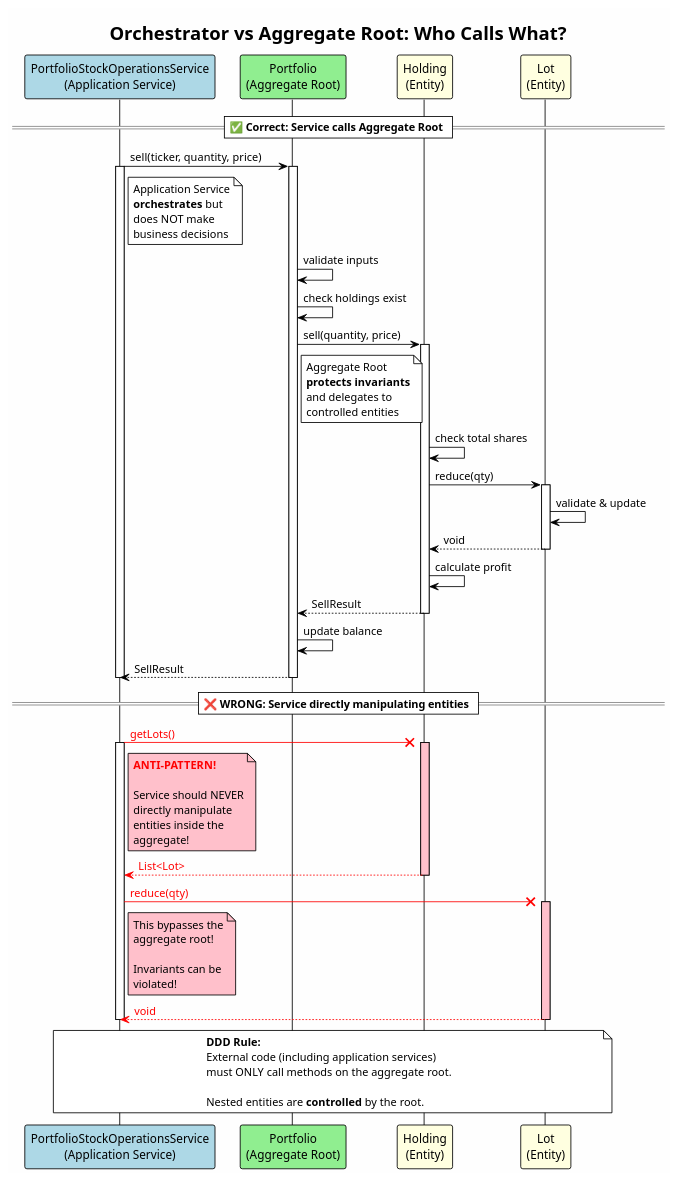
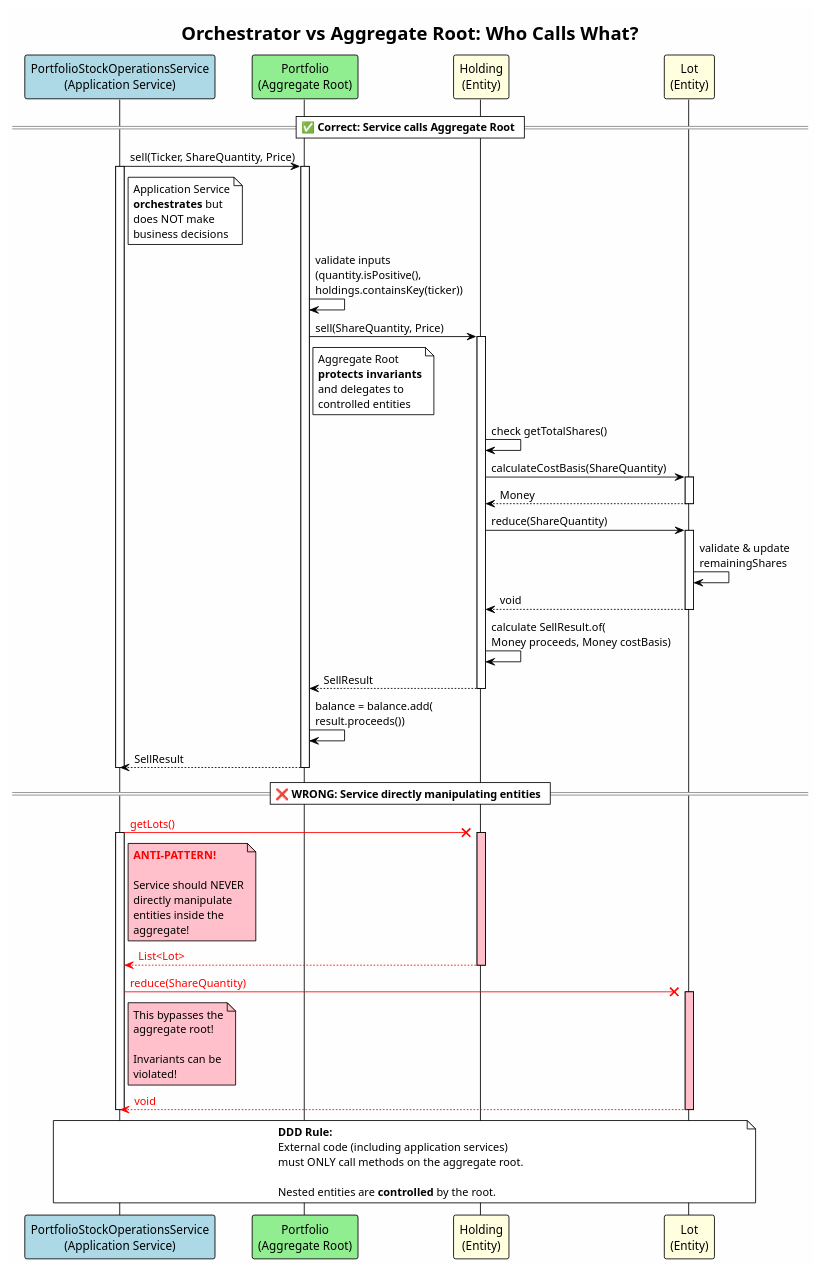
The diagram in doc/tutorial/diagrams/sell-orchestrator-vs-aggregate.puml (alfredorueda/HexaStock), drawn with PlantUML before and after one commit. The commit also changed 13 other files, not shown here.

```diff
--- a/doc/tutorial/diagrams/sell-orchestrator-vs-aggregate.puml
+++ b/doc/tutorial/diagrams/sell-orchestrator-vs-aggregate.puml
@@ -1,87 +1,91 @@
 @startuml sell-orchestrator-vs-aggregate
 !theme plain
 skinparam backgroundColor #FEFEFE
 title Orchestrator vs Aggregate Root: Who Calls What?
 
 participant "PortfolioStockOperationsService\n(Application Service)" as Service #LightBlue
 participant "Portfolio\n(Aggregate Root)" as Portfolio #LightGreen
 participant "Holding\n(Entity)" as Holding #LightYellow
 participant "Lot\n(Entity)" as Lot #LightYellow
 
 == ✅ Correct: Service calls Aggregate Root ==
 
-Service -> Portfolio: sell(ticker, quantity, price)
+Service -> Portfolio: sell(Ticker, ShareQuantity, Price)
 activate Service
 activate Portfolio
 note right of Service
   Application Service
   **orchestrates** but
   does NOT make
   business decisions
 end note
 
-Portfolio -> Portfolio: validate inputs
-Portfolio -> Portfolio: check holdings exist
-Portfolio -> Holding: sell(quantity, price)
+Portfolio -> Portfolio: validate inputs\n(quantity.isPositive(),\nholdings.containsKey(ticker))
+Portfolio -> Holding: sell(ShareQuantity, Price)
 activate Holding
 note right of Portfolio
   Aggregate Root
   **protects invariants**
   and delegates to
   controlled entities
 end note
 
-Holding -> Holding: check total shares
-Holding -> Lot: reduce(qty)
+Holding -> Holding: check getTotalShares()
+Holding -> Lot: calculateCostBasis(ShareQuantity)
 activate Lot
-Lot -> Lot: validate & update
+Lot --> Holding: Money
+deactivate Lot
+
+Holding -> Lot: reduce(ShareQuantity)
+activate Lot
+Lot -> Lot: validate & update\nremainingShares
 Lot --> Holding: void
 deactivate Lot
 
-Holding -> Holding: calculate profit
+Holding -> Holding: calculate SellResult.of(\nMoney proceeds, Money costBasis)
 Holding --> Portfolio: SellResult
 deactivate Holding
 
-Portfolio -> Portfolio: update balance
+Portfolio -> Portfolio: balance = balance.add(\nresult.proceeds())
 Portfolio --> Service: SellResult
 deactivate Portfolio
 deactivate Service
 
 == ❌ WRONG: Service directly manipulating entities ==
 
 Service -[#red]x Holding: <font color=red>getLots()</font>
 activate Service
 activate Holding #Pink
 note right of Service #Pink
   <font color=red>**ANTI-PATTERN!**</font>
   
   Service should NEVER
   directly manipulate
   entities inside the
   aggregate!
 end note
 Holding -[#red]-> Service: <font color=red>List<Lot></font>
 deactivate Holding
 
-Service -[#red]x Lot: <font color=red>reduce(qty)</font>
+Service -[#red]x Lot: <font color=red>reduce(ShareQuantity)</font>
 activate Lot #Pink
 note right of Service #Pink
   This bypasses the
   aggregate root!
   
   Invariants can be
   violated!
 end note
 Lot -[#red]-> Service: <font color=red>void</font>
 deactivate Lot
 deactivate Service
 
 note over Service, Lot
   **DDD Rule:**
   External code (including application services)
   must ONLY call methods on the aggregate root.
   
   Nested entities are **controlled** by the root.
 end note
 
 @enduml
```
